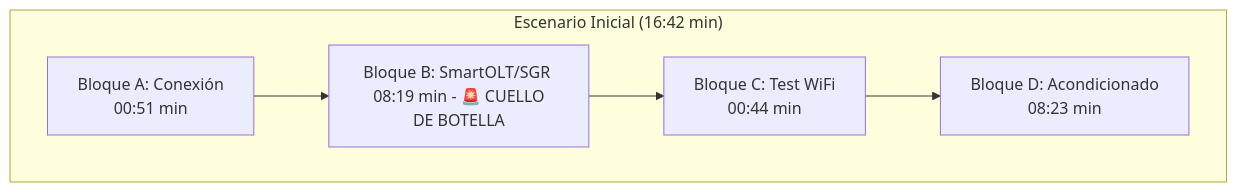
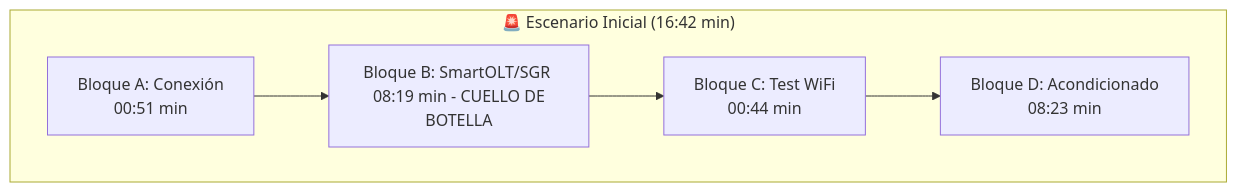
Before and after one commit to elingenierok/procedimientos-isp: the first of 2 diagrams in docs/diagnosticos/DG-EQU-001.md, drawn with Mermaid. The commit also changed other lines of this file, not shown here.

Commit message:
Update flowchart scenarios with new labels

````diff
--- a/docs/diagnosticos/DG-EQU-001.md
+++ b/docs/diagnosticos/DG-EQU-001.md
@@ -44,8 +44,8 @@
 ```mermaid
 graph TD
-    subgraph ANTES ["Escenario Inicial (16:42 min)"]
-        A1[Bloque A: Conexión <br/> 00:51 min] --> A2[Bloque B: SmartOLT/SGR <br/> 08:19 min - 🚨 CUELLO DE BOTELLA]
+    subgraph ANTES ["🚨 Escenario Inicial (16:42 min)"]
+        A1[Bloque A: Conexión <br/> 00:51 min] --> A2[Bloque B: SmartOLT/SGR <br/> 08:19 min - CUELLO DE BOTELLA]
         A2 --> A3[Bloque C: Test WiFi <br/> 00:44 min]
         A3 --> A4[Bloque D: Acondicionado <br/> 08:23 min]
     end
 ```
````
